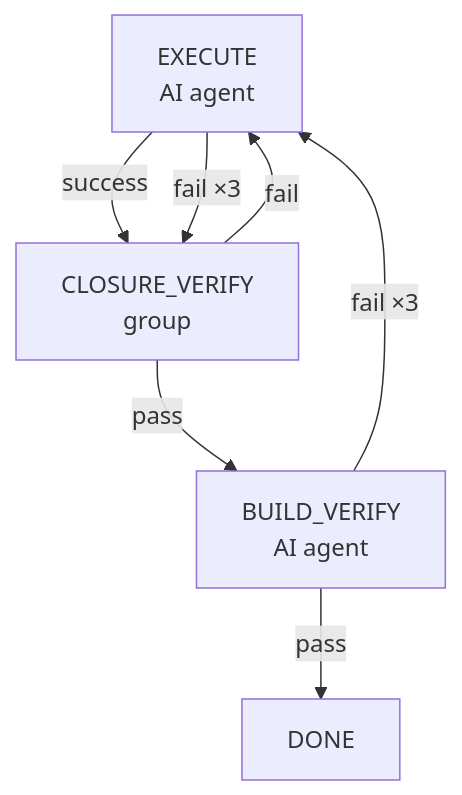
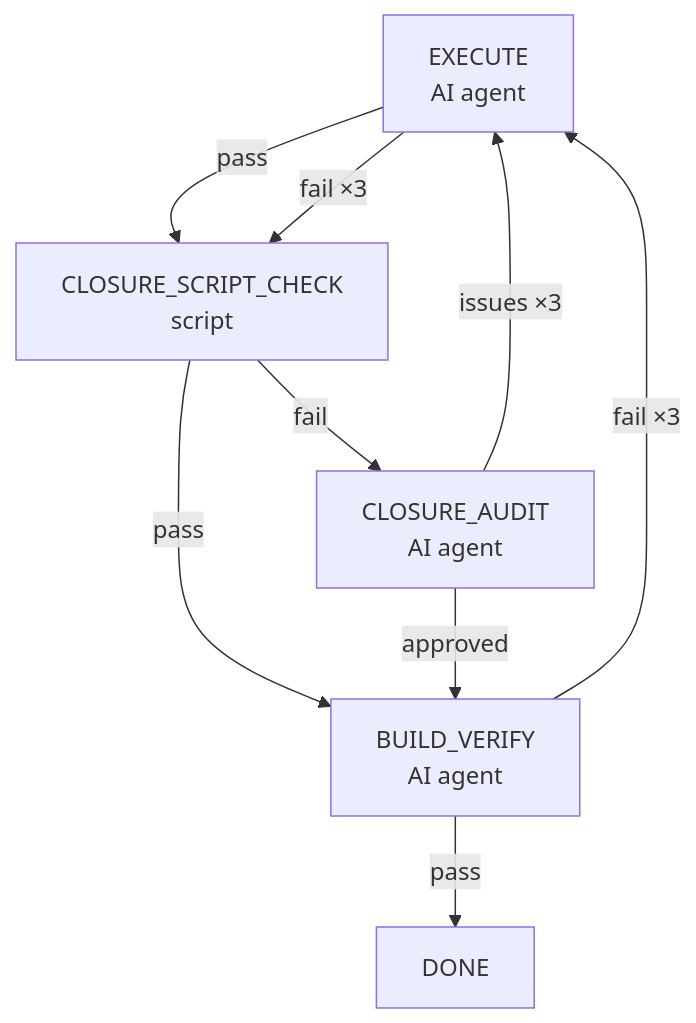
Before and after one commit to entropy-cloud/nop-entropy: the second of 3 diagrams in ai-dev/design/opencode-goal-driver/goal-driver-flow-design.md, drawn with Mermaid. The commit also changed other lines of this file and 52 other files, not shown here.

````diff
--- a/ai-dev/design/opencode-goal-driver/goal-driver-flow-design.md
+++ b/ai-dev/design/opencode-goal-driver/goal-driver-flow-design.md
@@ -95,11 +153,14 @@
 ```mermaid
 flowchart TD
-    EX["EXECUTE<br/>AI agent"] -->|success| CV["CLOSURE_VERIFY<br/>group"]
-    EX -->|fail ×3| CV
+    EX["EXECUTE<br/>AI agent"] -->|pass| CSC["CLOSURE_SCRIPT_CHECK<br/>script"]
+    EX -->|fail ×3| CSC
 
-    CV -->|pass| BV["BUILD_VERIFY<br/>AI agent"]
-    CV -->|fail| EX
+    CSC -->|pass| BV["BUILD_VERIFY<br/>AI agent"]
+    CSC -->|fail| CA["CLOSURE_AUDIT<br/>AI agent"]
 
-    BV -->|"pass"| DONE
-    BV -->|"fail ×3"| EX
+    CA -->|approved| BV
+    CA -->|issues ×3| EX
+
+    BV -->|pass| DONE
+    BV -->|fail ×3| EX
 ```
````
